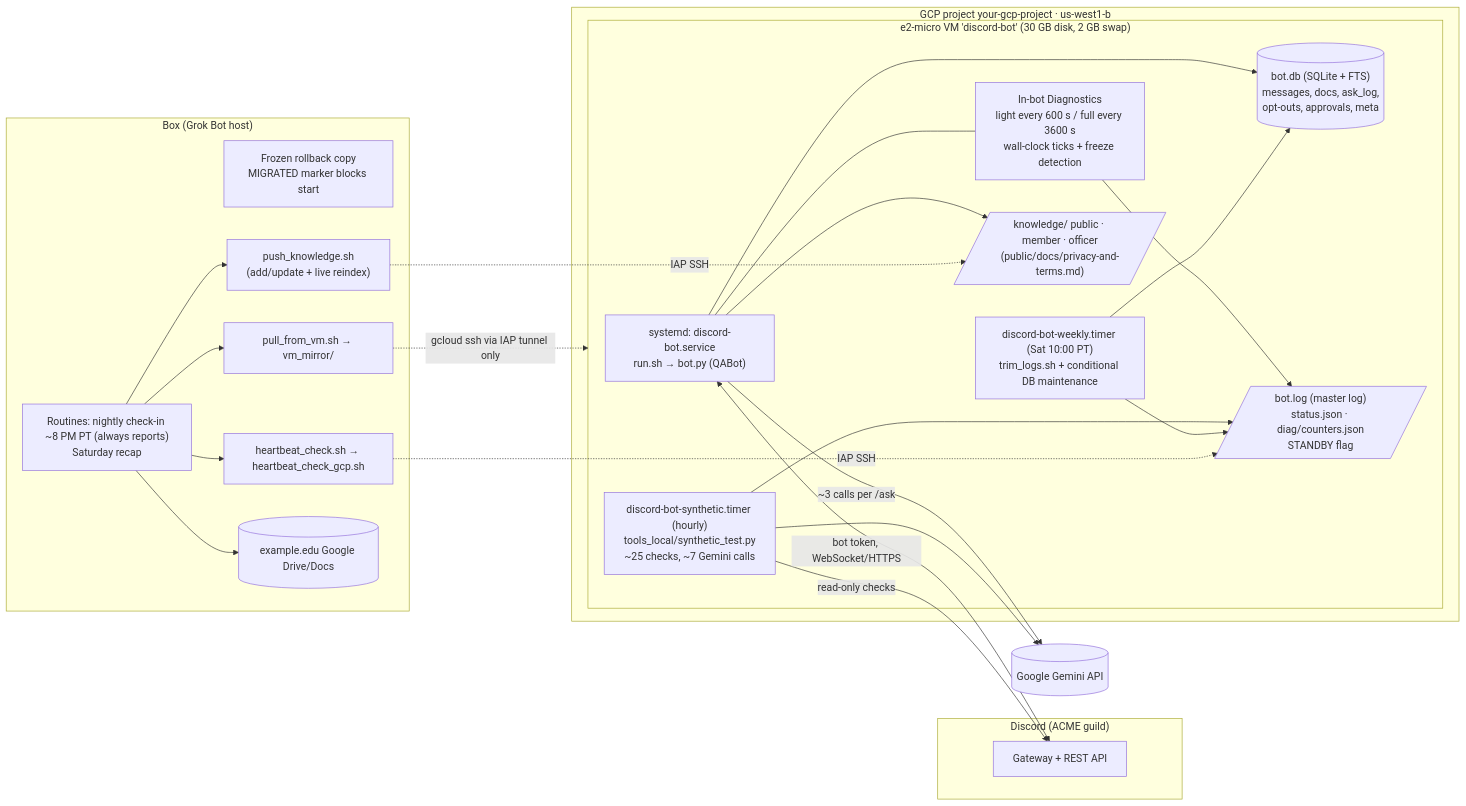
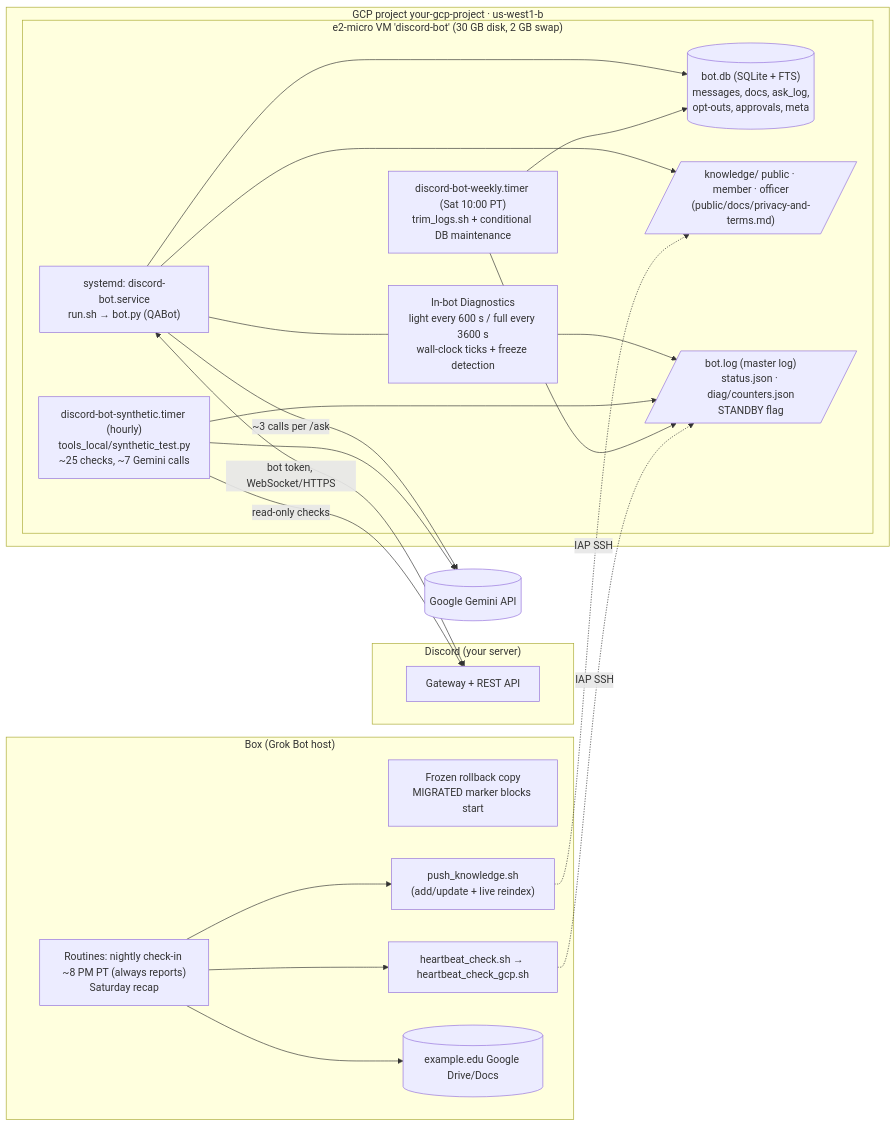
One commit to crustei/discord-logger-bot changed the diagram in docs/uml/01-deployment.mmd. Above: the diagram before and after it, drawn with Mermaid. The commit also changed 35 other files, not shown here.

```diff
--- a/docs/uml/01-deployment.mmd
+++ b/docs/uml/01-deployment.mmd
@@ -1,42 +1,39 @@
 flowchart LR
-  subgraph Discord["Discord (ACME guild)"]
+  subgraph Discord["Discord (your server)"]
     GW[Gateway + REST API]
   end
   subgraph GCP["GCP project your-gcp-project · us-west1-b"]
     subgraph VM["e2-micro VM 'discord-bot' (30 GB disk, 2 GB swap)"]
       SVC["systemd: discord-bot.service<br/>run.sh → bot.py (QABot)"]
       SYN["discord-bot-synthetic.timer (hourly)<br/>tools_local/synthetic_test.py<br/>~25 checks, ~7 Gemini calls"]
       WK["discord-bot-weekly.timer (Sat 10:00 PT)<br/>trim_logs.sh + conditional DB maintenance"]
       DIAG["In-bot Diagnostics<br/>light every 600 s / full every 3600 s<br/>wall-clock ticks + freeze detection"]
       DB[("bot.db (SQLite + FTS)<br/>messages, docs, ask_log,<br/>opt-outs, approvals, meta")]
       KB[/"knowledge/ public · member · officer<br/>(public/docs/privacy-and-terms.md)"/]
       FILES[/"bot.log (master log)<br/>status.json · diag/counters.json<br/>STANDBY flag"/]
     end
   end
   GEM[(Google Gemini API)]
   subgraph BOX["Box (Grok Bot host)"]
     RB["Frozen rollback copy<br/>MIGRATED marker blocks start"]
-    PULL["pull_from_vm.sh → vm_mirror/"]
     PUSH["push_knowledge.sh<br/>(add/update + live reindex)"]
     HB["heartbeat_check.sh → heartbeat_check_gcp.sh"]
     RT["Routines: nightly check-in ~8 PM PT (always reports)<br/>Saturday recap"]
     DRV[(example.edu Google Drive/Docs)]
   end
   SVC <-->|bot token, WebSocket/HTTPS| GW
   SVC -->|~3 calls per /ask| GEM
   SYN --> GEM
   SYN -->|read-only checks| GW
   SVC --- DIAG
   SVC --> DB
   SVC --> KB
   DIAG --> FILES
   SYN --> FILES
   WK --> FILES
   WK --> DB
   RT --> HB
-  RT --> PULL
   RT --> DRV
   RT --> PUSH
-  PULL -.->|gcloud ssh via IAP tunnel only| VM
   PUSH -.->|IAP SSH| KB
   HB -.->|IAP SSH| FILES
```
